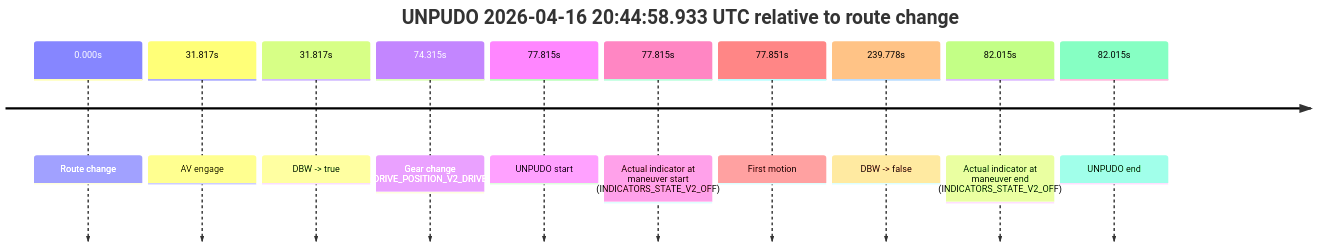
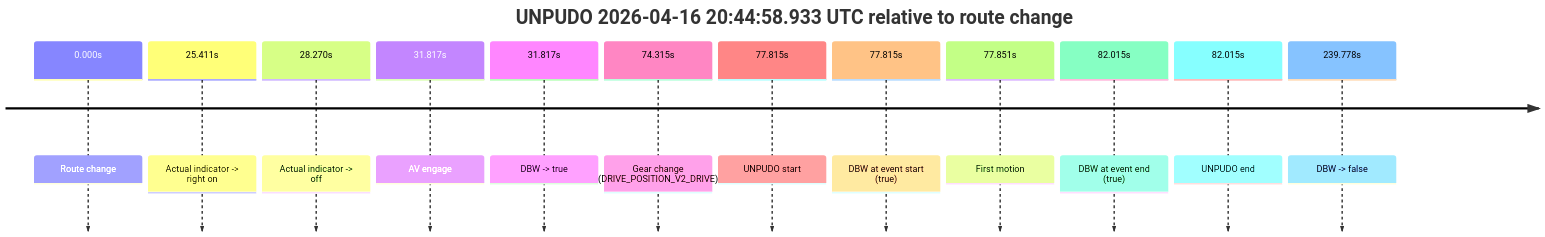
One commit to yoelshapiro/vault changed the diagram in model_analysis/report_cards/2026/04/Week-3/fme10010--2026-04-16--19-18-23--gen2-av-b47224bf-05fb-461a-a4a3-d419841e8c3d.md. Above: the diagram before and after it, drawn with Mermaid. The commit also changed other lines of this file and 32 other files, not shown here.

````diff
--- a/model_analysis/report_cards/2026/04/Week-3/fme10010--2026-04-16--19-18-23--gen2-av-b47224bf-05fb-461a-a4a3-d419841e8c3d.md
+++ b/model_analysis/report_cards/2026/04/Week-3/fme10010--2026-04-16--19-18-23--gen2-av-b47224bf-05fb-461a-a4a3-d419841e8c3d.md
@@ -903,14 +45,16 @@
 ```mermaid
 timeline
     title UNPUDO 2026-04-16 20:44:58.933 UTC relative to route change
     0.000s : Route change
+    25.411s : Actual indicator -> right on
+    28.270s : Actual indicator -> off
     31.817s : AV engage
     31.817s : DBW -> true
     74.315s : Gear change (DRIVE_POSITION_V2_DRIVE)
     77.815s : UNPUDO start
-    77.815s : Actual indicator at maneuver start (INDICATORS_STATE_V2_OFF)
+    77.815s : DBW at event start (true)
     77.851s : First motion
+    82.015s : DBW at event end (true)
+    82.015s : UNPUDO end
     239.778s : DBW -> false
-    82.015s : Actual indicator at maneuver end (INDICATORS_STATE_V2_OFF)
-    82.015s : UNPUDO end
 ```
````
